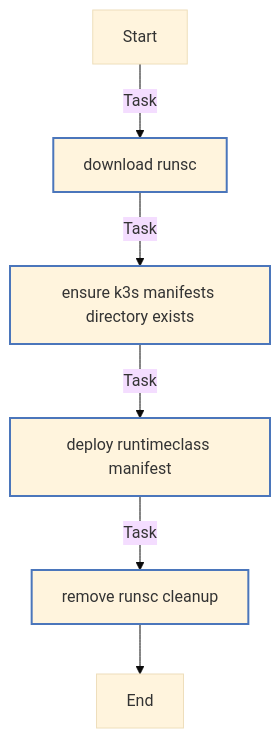
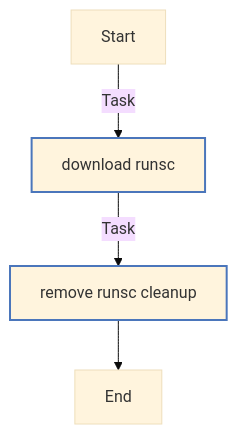
Before and after one commit to rou-cru/k3s-homelab: the second of 3 diagrams in roles/gvisor/README.md, drawn with Mermaid (base theme). The commit also changed other lines of this file and 42 other files, not shown here.

````diff
--- a/roles/gvisor/README.md
+++ b/roles/gvisor/README.md
@@ -110,18 +107,16 @@
 ```mermaid
 flowchart TD
 Start
 classDef block stroke:#3498db,stroke-width:2px;
 classDef task stroke:#4b76bb,stroke-width:2px;
 classDef includeTasks stroke:#16a085,stroke-width:2px;
 classDef importTasks stroke:#34495e,stroke-width:2px;
 classDef includeRole stroke:#2980b9,stroke-width:2px;
 classDef importRole stroke:#699ba7,stroke-width:2px;
 classDef includeVars stroke:#8e44ad,stroke-width:2px;
 classDef rescue stroke:#665352,stroke-width:2px;
 
   Start-->|Task| Download_runsc0[download runsc]:::task
-  Download_runsc0-->|Task| Ensure_K3s_manifests_directory_exists1[ensure k3s manifests directory exists]:::task
-  Ensure_K3s_manifests_directory_exists1-->|Task| Deploy_RuntimeClass_manifest2[deploy runtimeclass manifest]:::task
-  Deploy_RuntimeClass_manifest2-->|Task| Remove_runsc__cleanup_3[remove runsc  cleanup ]:::task
-  Remove_runsc__cleanup_3-->End
+  Download_runsc0-->|Task| Remove_runsc__cleanup_1[remove runsc  cleanup ]:::task
+  Remove_runsc__cleanup_1-->End
 ```
````
